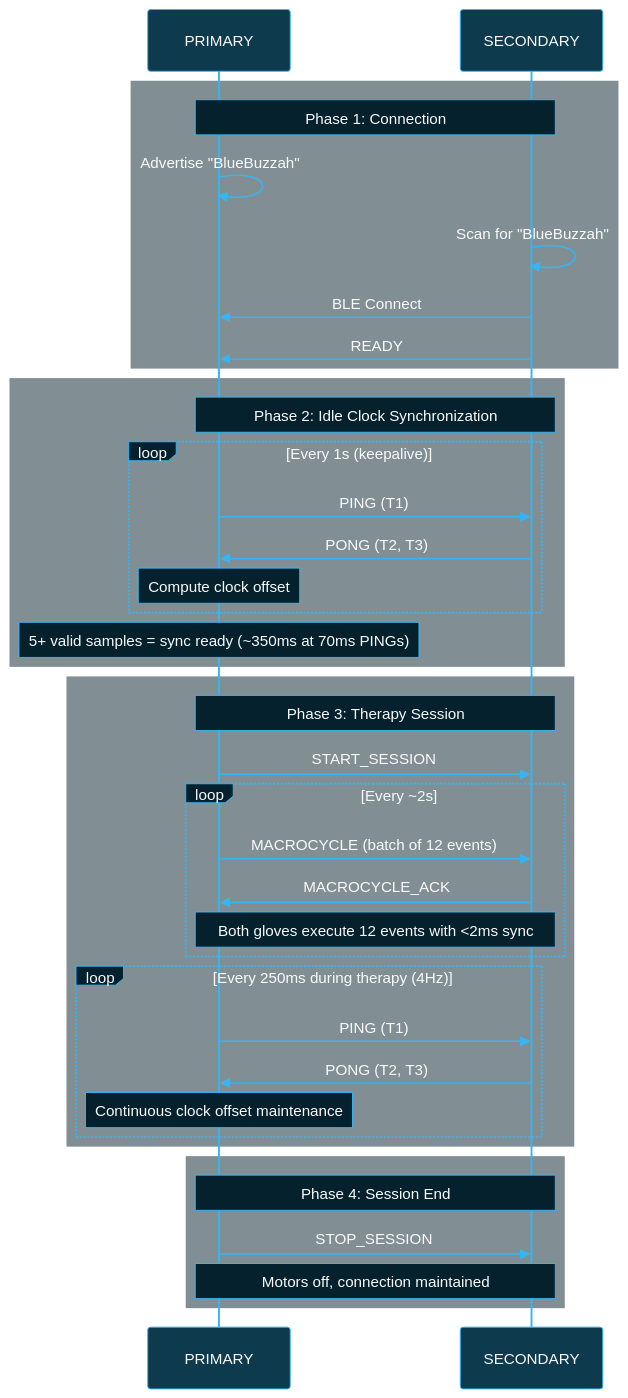
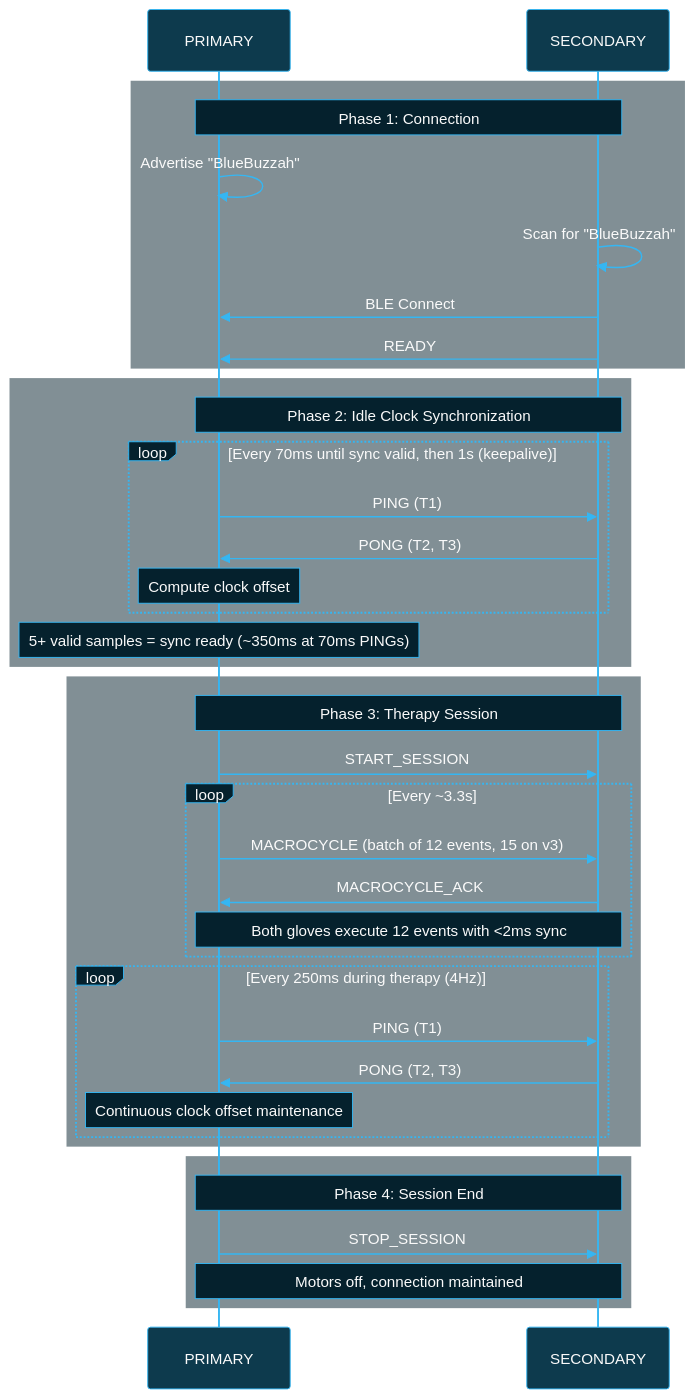
Before and after one commit to BlueBuzzah/BlueBuzzah-Firmware: the first of 5 diagrams in docs/SYNCHRONIZATION_PROTOCOL.md, drawn with Mermaid. The commit also changed other lines of this file and 7 other files, not shown here.

````diff
--- a/docs/SYNCHRONIZATION_PROTOCOL.md
+++ b/docs/SYNCHRONIZATION_PROTOCOL.md
@@ -31,69 +31,69 @@
 ```mermaid
 %%{init: {'theme': 'base', 'themeVariables': {
   'primaryColor': '#0d3a4d',
   'primaryTextColor': '#fafafa',
   'primaryBorderColor': '#35B6F2',
   'lineColor': '#35B6F2',
   'secondaryColor': '#05212D',
   'tertiaryColor': '#0a0a0a',
   'background': '#0a0a0a',
   'actorBkg': '#0d3a4d',
   'actorBorder': '#35B6F2',
   'actorTextColor': '#fafafa',
   'actorLineColor': '#35B6F2',
   'signalColor': '#35B6F2',
   'signalTextColor': '#fafafa',
   'labelBoxBkgColor': '#05212D',
   'labelBoxBorderColor': '#35B6F2',
   'labelTextColor': '#fafafa',
   'loopTextColor': '#fafafa',
   'noteBkgColor': '#05212D',
   'noteBorderColor': '#35B6F2',
   'noteTextColor': '#fafafa',
   'activationBkgColor': '#0d3a4d',
   'activationBorderColor': '#35B6F2',
   'sequenceNumberColor': '#fafafa'
 }}}%%
 sequenceDiagram
     participant P as PRIMARY
     participant S as SECONDARY
 
     rect rgba(5, 33, 45, 0.5)
         Note over P,S: Phase 1: Connection
         P->>P: Advertise "BlueBuzzah"
         S->>S: Scan for "BlueBuzzah"
         S->>P: BLE Connect
         S->>P: READY
     end
 
     rect rgba(5, 33, 45, 0.5)
         Note over P,S: Phase 2: Idle Clock Synchronization
-        loop Every 1s (keepalive)
+        loop Every 70ms until sync valid, then 1s (keepalive)
             P->>S: PING (T1)
             S->>P: PONG (T2, T3)
             Note over P: Compute clock offset
         end
         Note over P: 5+ valid samples = sync ready (~350ms at 70ms PINGs)
     end
 
     rect rgba(5, 33, 45, 0.5)
         Note over P,S: Phase 3: Therapy Session
         P->>S: START_SESSION
-        loop Every ~2s
-            P->>S: MACROCYCLE (batch of 12 events)
+        loop Every ~3.3s
+            P->>S: MACROCYCLE (batch of 12 events, 15 on v3)
             S->>P: MACROCYCLE_ACK
             Note over P,S: Both gloves execute 12 events with <2ms sync
         end
         loop Every 250ms during therapy (4Hz)
             P->>S: PING (T1)
             S->>P: PONG (T2, T3)
             Note over P: Continuous clock offset maintenance
         end
     end
 
     rect rgba(5, 33, 45, 0.5)
         Note over P,S: Phase 4: Session End
         P->>S: STOP_SESSION
         Note over P,S: Motors off, connection maintained
     end
 ```
````
